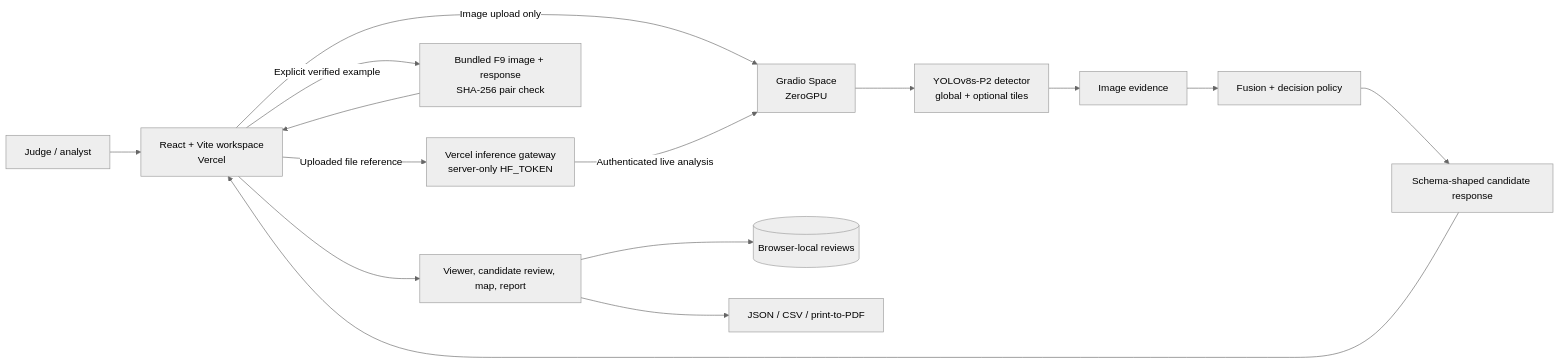
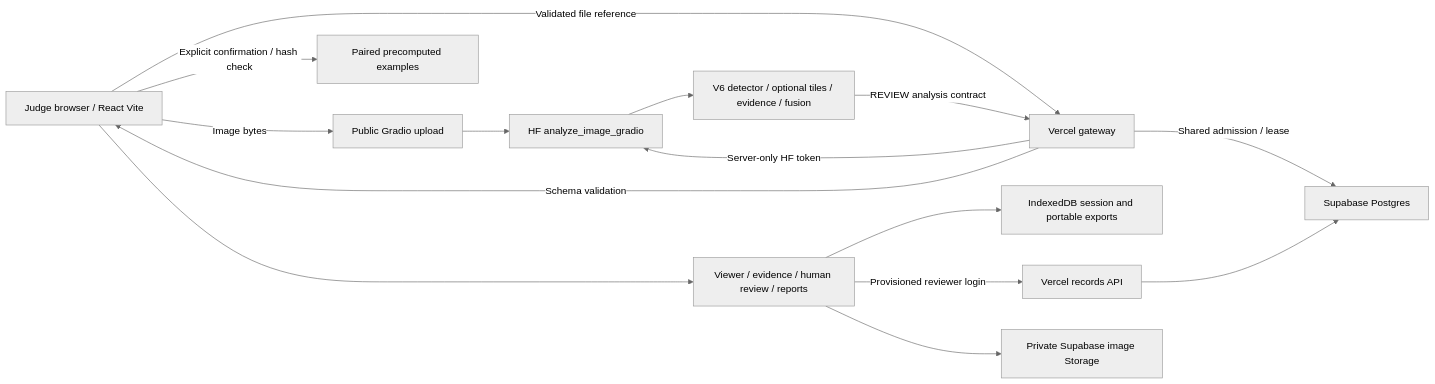
The diagram in README.md (anugrahks19/SonarShield), drawn with Mermaid (neutral theme) before and after one commit. The commit also changed other lines of this file and 118 other files, not shown here.

````diff
--- a/README.md
+++ b/README.md
@@ -27,17 +15,17 @@
 ```mermaid
 flowchart LR
-    J[Judge / analyst] --> UI[React + Vite workspace<br/>Vercel]
-    UI -->|Image upload only| G[Gradio Space<br/>ZeroGPU]
-    UI -->|Uploaded file reference| GW[Vercel inference gateway<br/>server-only HF_TOKEN]
-    GW -->|Authenticated live analysis| G
-    G --> D[YOLOv8s-P2 detector<br/>global + optional tiles]
-    D --> E[Image evidence]
-    E --> F[Fusion + decision policy]
-    F --> R[Schema-shaped candidate response]
-    R --> UI
-    UI -->|Explicit verified example| B[Bundled F9 image + response<br/>SHA-256 pair check]
-    B --> UI
-    UI --> V[Viewer, candidate review, map, report]
-    V --> L[(Browser-local reviews)]
-    V --> X[JSON / CSV / print-to-PDF]
+  U[Judge browser / React Vite] -->|Image bytes| HF[Public Gradio upload]
+  U -->|Validated file reference| V[Vercel gateway]
+  V -->|Shared admission / lease| DB[Supabase Postgres]
+  V -->|Server-only HF token| A[HF analyze_image_gradio]
+  HF --> A
+  A --> AI[V6 detector / optional tiles / evidence / fusion]
+  AI -->|REVIEW analysis contract| V
+  V -->|Schema validation| U
+  U -->|Explicit confirmation / hash check| EX[Paired precomputed examples]
+  U --> W[Viewer / evidence / human review / reports]
+  W --> B[IndexedDB session and portable exports]
+  W -->|Provisioned reviewer login| C[Vercel records API]
+  C --> DB
+  W --> S[Private Supabase image Storage]
 ```
````
